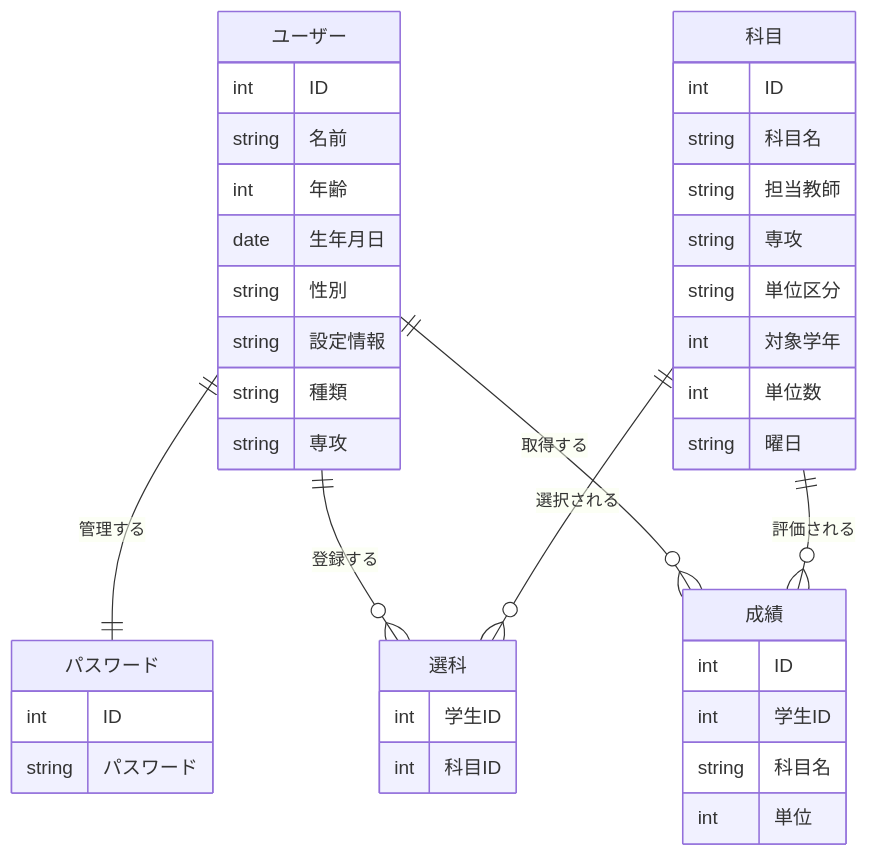
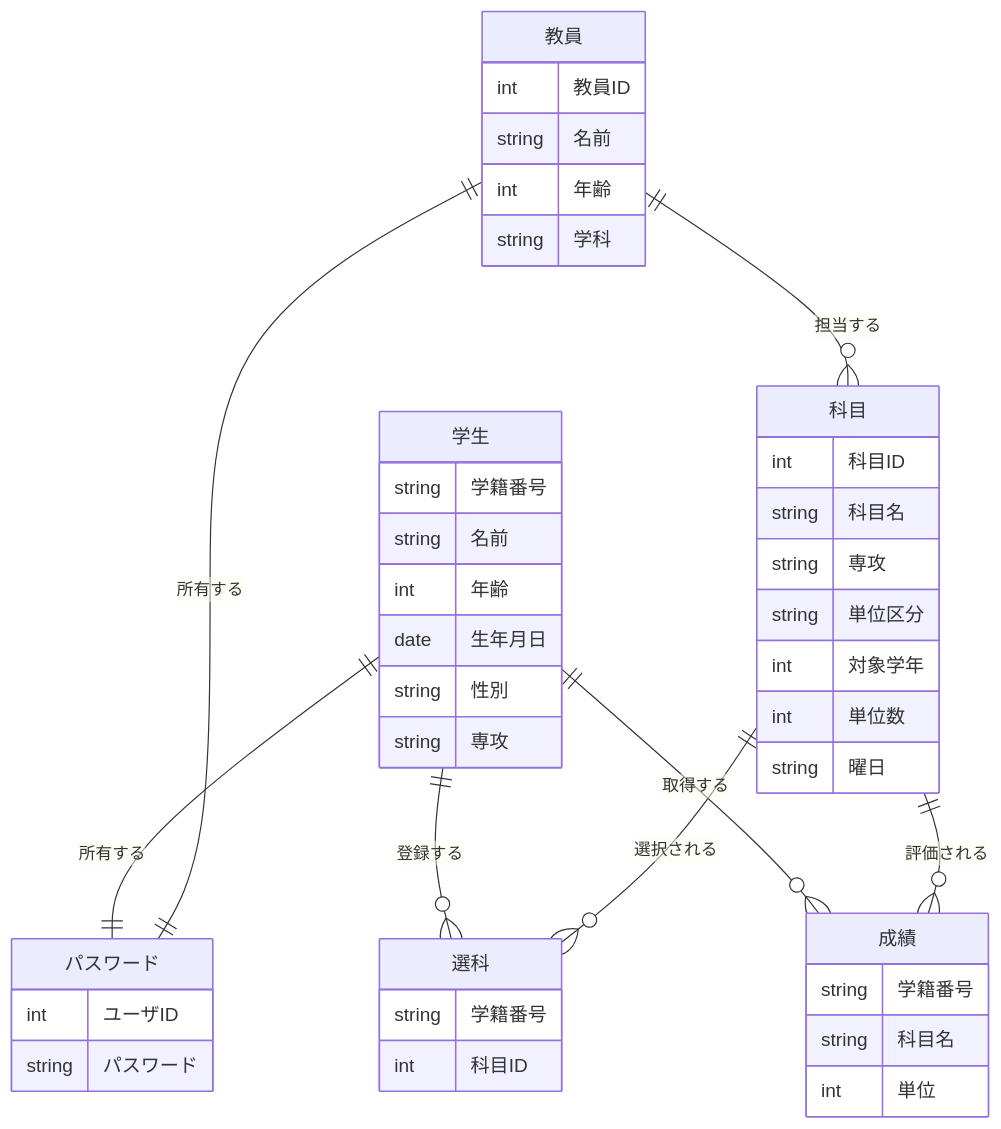
Before and after one commit to OOP2-2025-final-G03/StuMnagerSys: the diagram in 最終課題.md, drawn with Mermaid. The commit also changed other lines of this file, not shown here.

````diff
--- a/最終課題.md
+++ b/最終課題.md
@@ -23,47 +24,55 @@
 ```mermaid
 erDiagram
-    ユーザー ||--|| パスワード : 管理する
-    ユーザー ||--o{ 選科 : 登録する
-    ユーザー ||--o{ 成績 : 取得する
+    学生 ||--|| パスワード : 所有する
+    教員 ||--|| パスワード : 所有する
+
+    学生 ||--o{ 選科 : 登録する
     科目 ||--o{ 選科 : 選択される
+
+    学生 ||--o{ 成績 : 取得する
     科目 ||--o{ 成績 : 評価される
 
-    ユーザー {
-        int ID
+    教員 ||--o{ 科目 : 担当する
+
+    学生 {
+        string 学籍番号
         string 名前
         int 年齢
         date 生年月日
         string 性別
-        string 設定情報
-        string 種類
         string 専攻
     }
 
+    教員 {
+        int 教員ID
+        string 名前
+        int 年齢
+        string 学科
+    }
+
     パスワード {
-        int ID
+        int ユーザID
         string パスワード
     }
 
     科目 {
-        int ID
+        int 科目ID
         string 科目名
-        string 担当教師
         string 専攻
         string 単位区分
         int 対象学年
         int 単位数
         string 曜日
     }
 
     選科 {
-        int 学生ID
+        string 学籍番号
         int 科目ID
     }
 
     成績 {
-        int ID
-        int 学生ID
+        string 学籍番号
         string 科目名
         int 単位
     }
 ```
````
